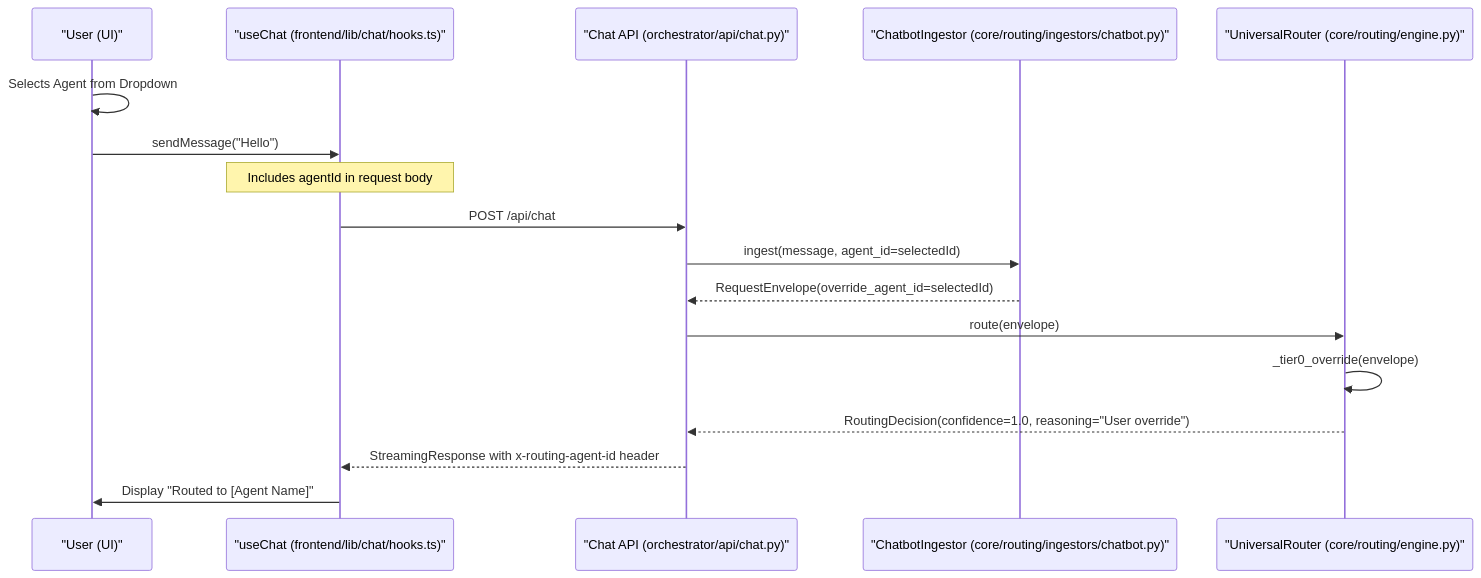
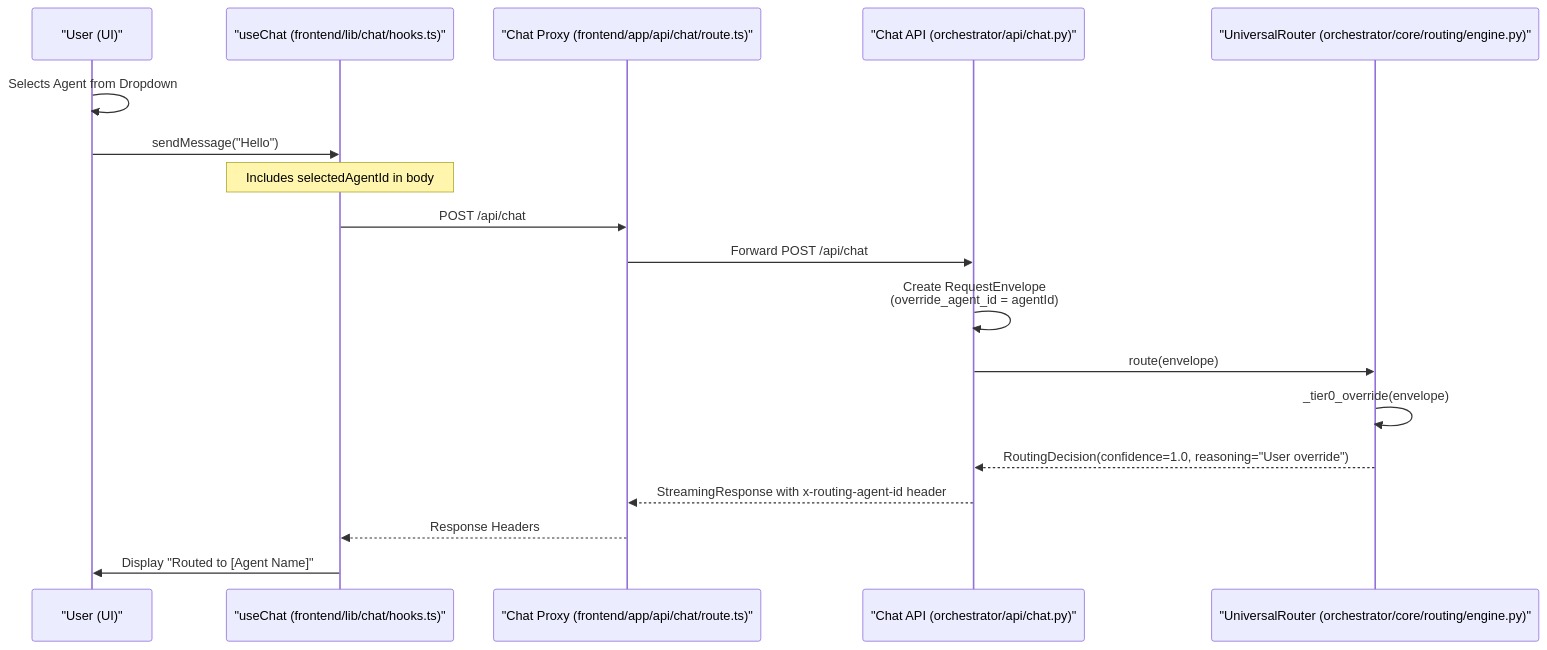
One commit to AutomatosAI/automatos-ai changed the second of 3 diagrams in docs/universal-router/tier-0-user-overrides.md. Above: the diagram before and after it, drawn with Mermaid. The commit also changed other lines of this file and 153 other files, not shown here.

````diff
--- a/docs/universal-router/tier-0-user-overrides.md
+++ b/docs/universal-router/tier-0-user-overrides.md
@@ -123,20 +115,21 @@
 ```mermaid
 sequenceDiagram
     participant User as "User (UI)"
     participant Hook as "useChat (frontend/lib/chat/hooks.ts)"
+    participant Proxy as "Chat Proxy (frontend/app/api/chat/route.ts)"
     participant API as "Chat API (orchestrator/api/chat.py)"
-    participant Ingestor as "ChatbotIngestor (core/routing/ingestors/chatbot.py)"
-    participant Router as "UniversalRouter (core/routing/engine.py)"
+    participant Router as "UniversalRouter (orchestrator/core/routing/engine.py)"
 
     User->>User: Selects Agent from Dropdown
     User->>Hook: sendMessage("Hello")
-    Note over Hook: Includes agentId in request body
-    Hook->>API: POST /api/chat
-    API->>Ingestor: ingest(message, agent_id=selectedId)
-    Ingestor-->>API: RequestEnvelope(override_agent_id=selectedId)
+    Note over Hook: Includes selectedAgentId in body
+    Hook->>Proxy: POST /api/chat
+    Proxy->>API: Forward POST /api/chat
+    API->>API: Create RequestEnvelope<br/>(override_agent_id = agentId)
     API->>Router: route(envelope)
     Router->>Router: _tier0_override(envelope)
     Router-->>API: RoutingDecision(confidence=1.0, reasoning="User override")
-    API-->>Hook: StreamingResponse with x-routing-agent-id header
+    API-->>Proxy: StreamingResponse with x-routing-agent-id header
+    Proxy-->>Hook: Response Headers
     Hook->>User: Display "Routed to [Agent Name]"
 ```
````
